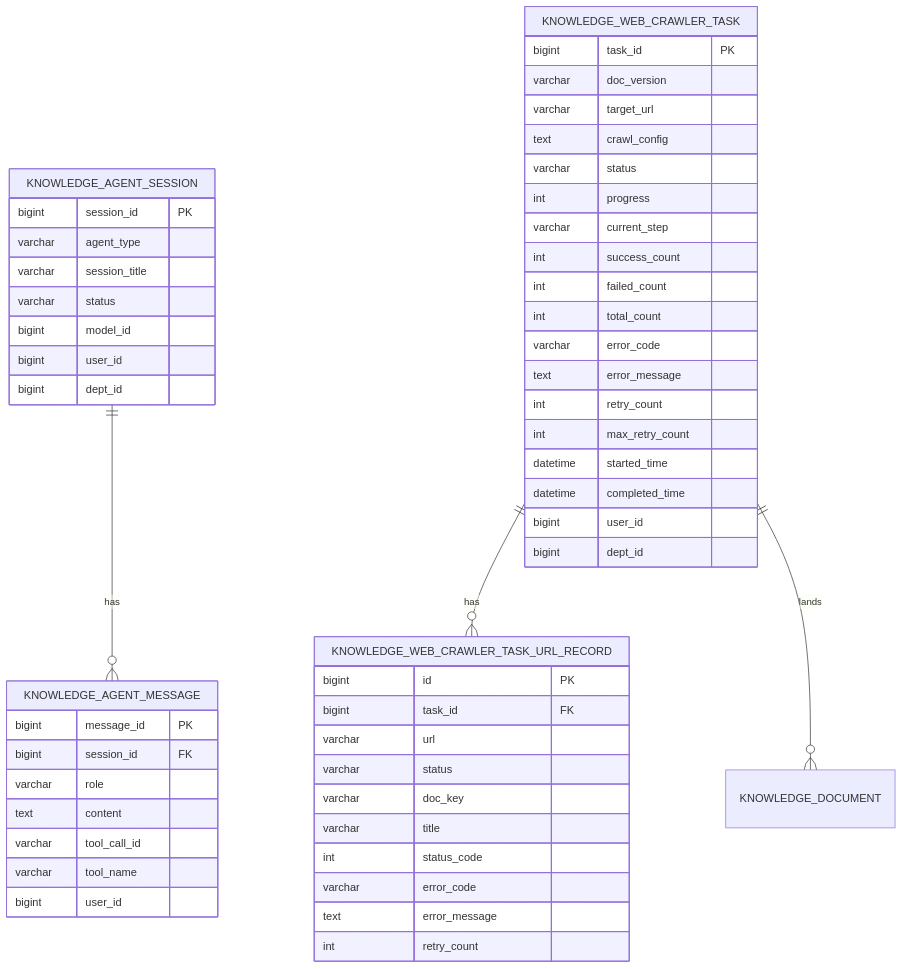
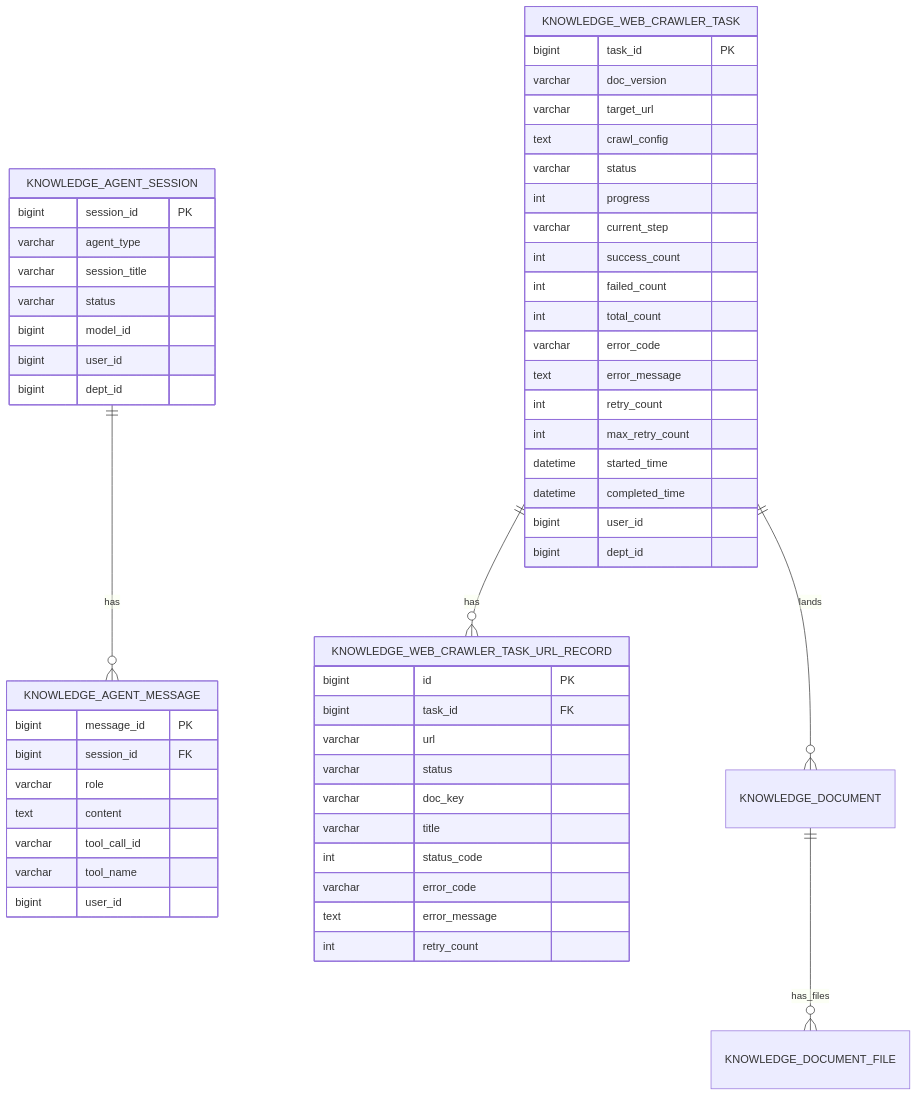
The diagram in docs/rag/网页爬取Agent/06-数据库设计.md (jiangwch03/knowledge), drawn with Mermaid before and after one commit. The commit also changed other lines of this file and 33 other files, not shown here.

````diff
--- a/docs/rag/网页爬取Agent/06-数据库设计.md
+++ b/docs/rag/网页爬取Agent/06-数据库设计.md
@@ -28,60 +29,61 @@
 ```mermaid
 erDiagram
     KNOWLEDGE_AGENT_SESSION ||--o{ KNOWLEDGE_AGENT_MESSAGE : has
     KNOWLEDGE_WEB_CRAWLER_TASK ||--o{ KNOWLEDGE_WEB_CRAWLER_TASK_URL_RECORD : has
     KNOWLEDGE_WEB_CRAWLER_TASK ||--o{ KNOWLEDGE_DOCUMENT : lands
+    KNOWLEDGE_DOCUMENT ||--o{ KNOWLEDGE_DOCUMENT_FILE : has_files
 
     KNOWLEDGE_AGENT_SESSION {
         bigint session_id PK
         varchar agent_type
         varchar session_title
         varchar status
         bigint model_id
         bigint user_id
         bigint dept_id
     }
 
     KNOWLEDGE_AGENT_MESSAGE {
         bigint message_id PK
         bigint session_id FK
         varchar role
         text content
         varchar tool_call_id
         varchar tool_name
         bigint user_id
     }
 
     KNOWLEDGE_WEB_CRAWLER_TASK {
         bigint task_id PK
         varchar doc_version
         varchar target_url
         text crawl_config
         varchar status
         int progress
         varchar current_step
         int success_count
         int failed_count
         int total_count
         varchar error_code
         text error_message
         int retry_count
         int max_retry_count
         datetime started_time
         datetime completed_time
         bigint user_id
         bigint dept_id
     }
 
     KNOWLEDGE_WEB_CRAWLER_TASK_URL_RECORD {
         bigint id PK
         bigint task_id FK
         varchar url
         varchar status
         varchar doc_key
         varchar title
         int status_code
         varchar error_code
         text error_message
         int retry_count
     }
 ```
````
